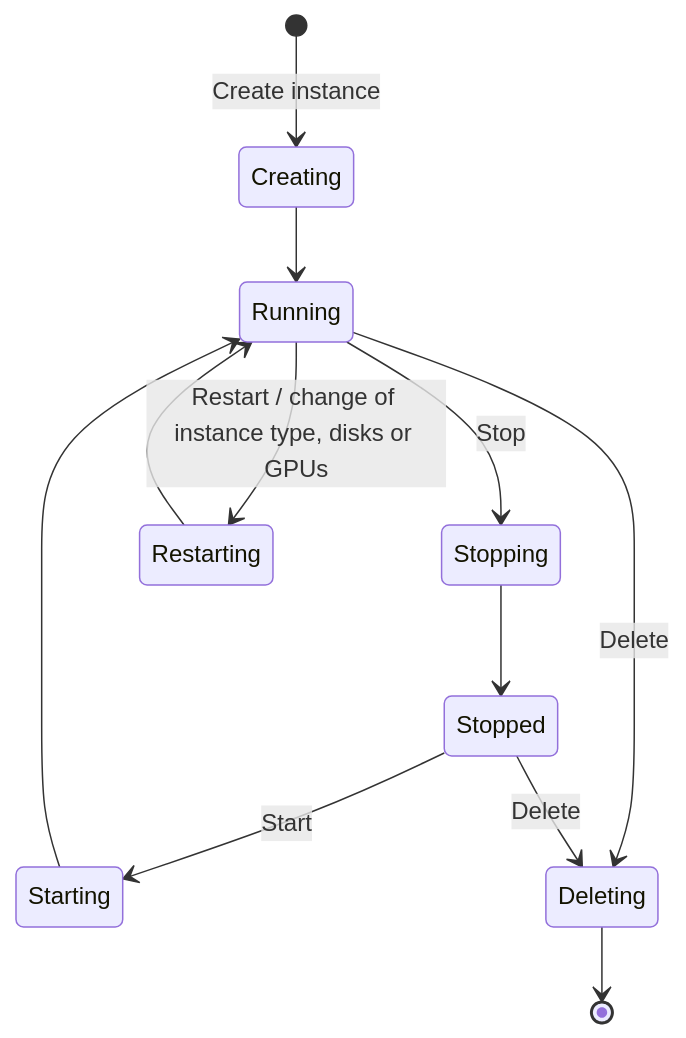
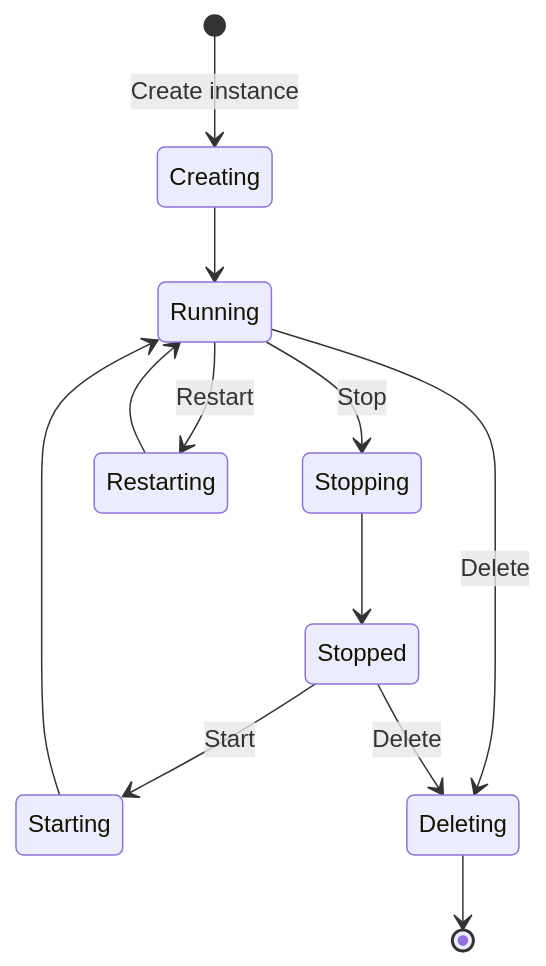
Before and after one commit to HidoraSwiss/hikube-public-doc: the second of 2 diagrams in i18n/en/docusaurus-plugin-content-docs/current/services/compute/concepts.md, drawn with Mermaid. The commit also changed other lines of this file and 75 other files, not shown here.

````diff
--- a/i18n/en/docusaurus-plugin-content-docs/current/services/compute/concepts.md
+++ b/i18n/en/docusaurus-plugin-content-docs/current/services/compute/concepts.md
@@ -100,21 +100,21 @@
 ```mermaid
 stateDiagram-v2
     state "Creating" as EnCreation
     state "Running" as Actif
     state "Stopping" as ArretEnCours
     state "Stopped" as Arrete
     state "Starting" as DemarrageEnCours
     state "Restarting" as RedemarrageEnCours
     state "Deleting" as SuppressionEnCours
     [*] --> EnCreation: Create instance
     EnCreation --> Actif
     Actif --> ArretEnCours: Stop
     ArretEnCours --> Arrete
     Arrete --> DemarrageEnCours: Start
     DemarrageEnCours --> Actif
-    Actif --> RedemarrageEnCours: Restart / change of instance type, disks or GPUs
+    Actif --> RedemarrageEnCours: Restart
     RedemarrageEnCours --> Actif
     Actif --> SuppressionEnCours: Delete
     Arrete --> SuppressionEnCours: Delete
     SuppressionEnCours --> [*]
 ```
````
